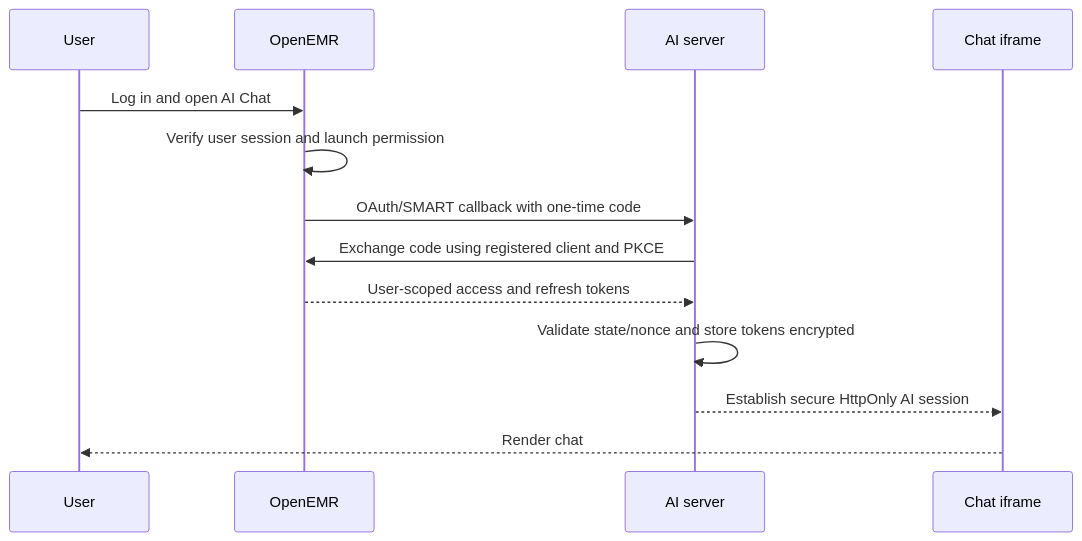
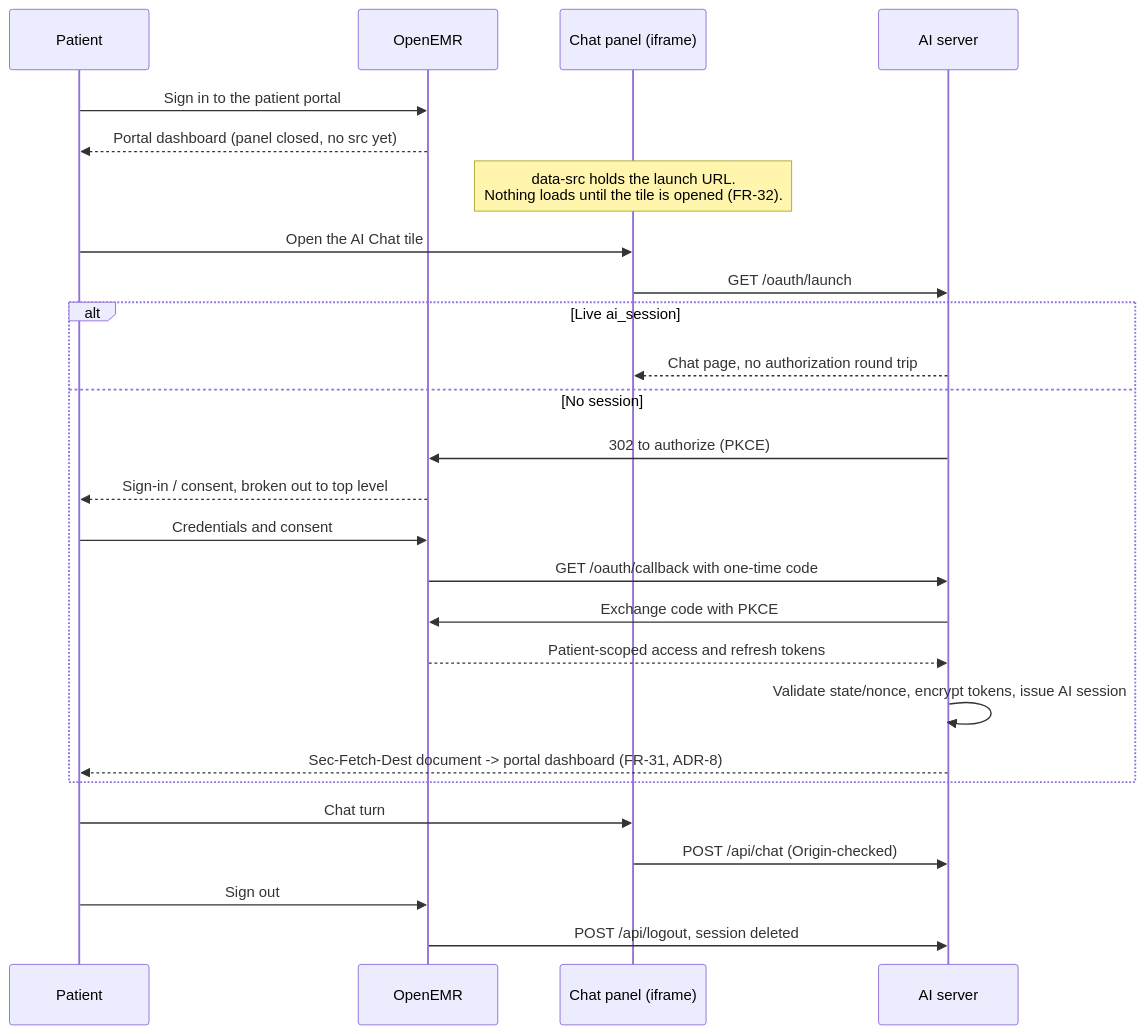
Before and after one commit to codeoritdidnthappen/aea-investors: the second of 3 diagrams in ARCHITECTURE.md, drawn with Mermaid. The commit also changed other lines of this file and 5 other files, not shown here.

First line of the commit message:
docs: sync every doc with the shipped sign-in flow

```diff
--- a/ARCHITECTURE.md
+++ b/ARCHITECTURE.md
@@ -69,16 +69,29 @@
 ~~~mermaid
 sequenceDiagram
-    participant User
+    participant P as Patient
     participant OpenEMR
+    participant UI as Chat panel (iframe)
     participant AI as AI server
-    participant UI as Chat iframe
 
-    User->>OpenEMR: Log in and open AI Chat
-    OpenEMR->>OpenEMR: Verify user session and launch permission
-    OpenEMR->>AI: OAuth/SMART callback with one-time code
-    AI->>OpenEMR: Exchange code using registered client and PKCE
-    OpenEMR-->>AI: User-scoped access and refresh tokens
-    AI->>AI: Validate state/nonce and store tokens encrypted
-    AI-->>UI: Establish secure HttpOnly AI session
-    UI-->>User: Render chat
+    P->>OpenEMR: Sign in to the patient portal
+    OpenEMR-->>P: Portal dashboard (panel closed, no src yet)
+    Note over UI: data-src holds the launch URL.<br/>Nothing loads until the tile is opened (FR-32).
+    P->>UI: Open the AI Chat tile
+    UI->>AI: GET /oauth/launch
+    alt Live ai_session
+        AI-->>UI: Chat page, no authorization round trip
+    else No session
+        AI->>OpenEMR: 302 to authorize (PKCE)
+        OpenEMR-->>P: Sign-in / consent, broken out to top level
+        P->>OpenEMR: Credentials and consent
+        OpenEMR->>AI: GET /oauth/callback with one-time code
+        AI->>OpenEMR: Exchange code with PKCE
+        OpenEMR-->>AI: Patient-scoped access and refresh tokens
+        AI->>AI: Validate state/nonce, encrypt tokens, issue AI session
+        AI-->>P: Sec-Fetch-Dest document -> portal dashboard (FR-31, ADR-8)
+    end
+    P->>UI: Chat turn
+    UI->>AI: POST /api/chat (Origin-checked)
+    P->>OpenEMR: Sign out
+    OpenEMR->>AI: POST /api/logout, session deleted
 ~~~
```
